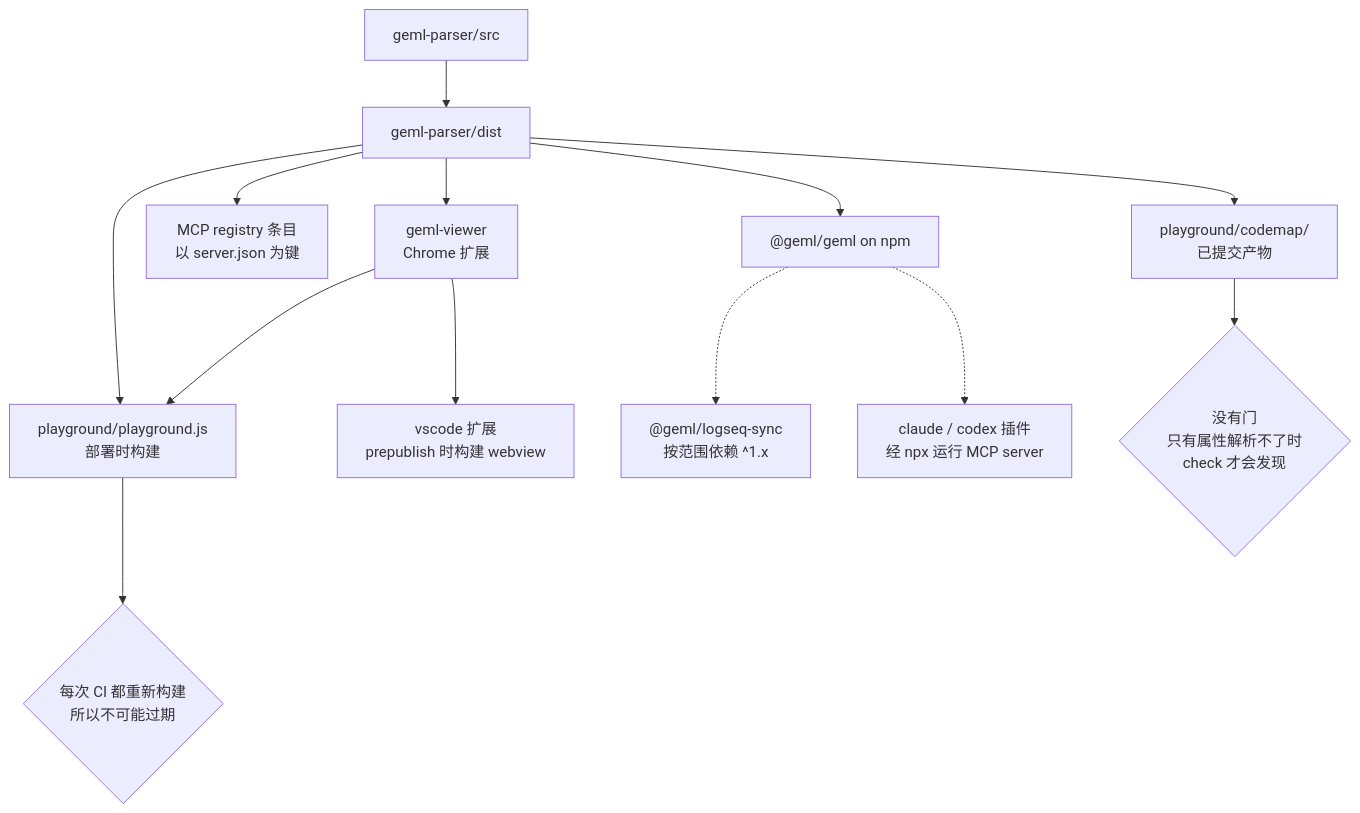
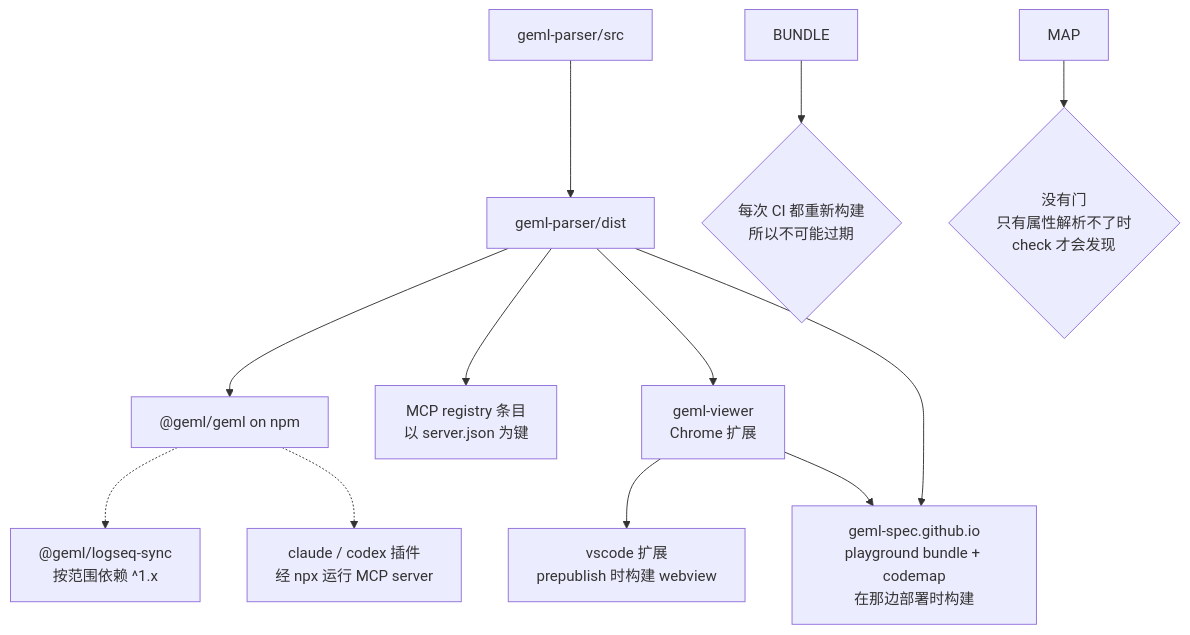
One commit to geml-spec/geml changed the diagram in docs/PUBLISHING_CN.md. Above: the diagram before and after it, drawn with Mermaid. The commit also changed other lines of this file and 22 other files, not shown here.

First line of the commit message:
The website, playground and demos move to geml-spec.github.io; this repository redirects

````diff
--- a/docs/PUBLISHING_CN.md
+++ b/docs/PUBLISHING_CN.md
@@ -20,18 +20,17 @@
 ```mermaid
 flowchart TD
   SRC["geml-parser/src"] --> DIST["geml-parser/dist"]
 
   DIST --> NPM["@geml/geml on npm"]
   DIST --> MCP["MCP registry 条目<br/>以 server.json 为键"]
   DIST --> VIEWER["geml-viewer<br/>Chrome 扩展"]
-  DIST --> BUNDLE["playground/playground.js<br/>部署时构建"]
-  DIST --> MAP["playground/codemap/<br/>已提交产物"]
+  DIST --> SITE["geml-spec.github.io<br/>playground bundle + codemap<br/>在那边部署时构建"]
   VIEWER --> VSCODE["vscode 扩展<br/>prepublish 时构建 webview"]
-  VIEWER --> BUNDLE
+  VIEWER --> SITE
 
   NPM -.-> LOGSEQ["@geml/logseq-sync<br/>按范围依赖 ^1.x"]
   NPM -.-> PLUGINS["claude / codex 插件<br/>经 npx 运行 MCP server"]
 
   BUNDLE --> G1{"每次 CI 都重新构建<br/>所以不可能过期"}
   MAP --> G2{"没有门<br/>只有属性解析不了时<br/>check 才会发现"}
 ```
````
